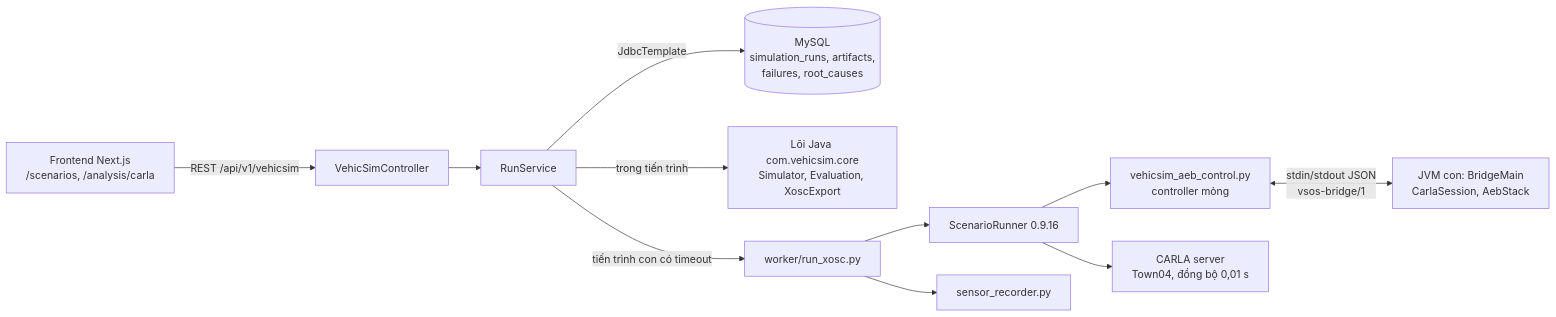
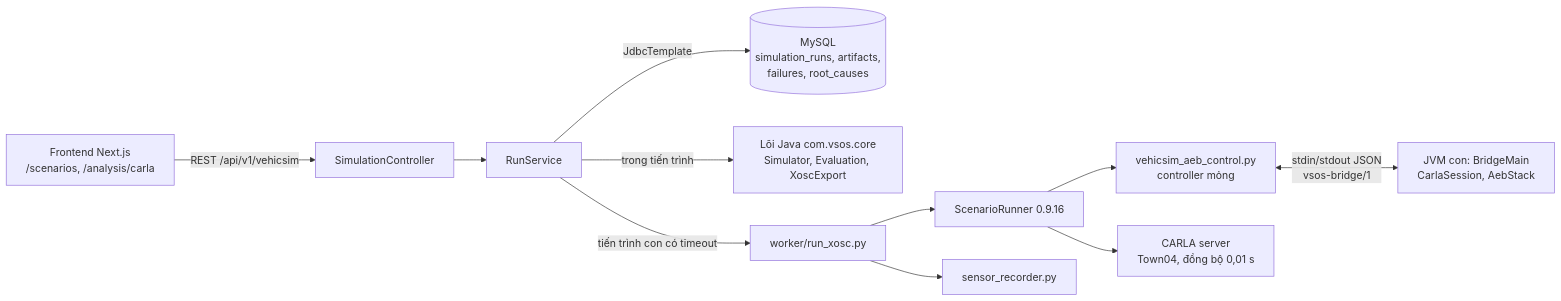
One commit to Menakanchi/SEP490-FA26-G15 changed the second of 7 diagrams in docs/vehicsim/report7-man-chay-baseline.md. Above: the diagram before and after it, drawn with Mermaid. The commit also changed other lines of this file and 502 other files, not shown here.

First line of the commit message:
refactor: đặt lại gói theo quy tắc com.vsos.<module>.<tầng>.<chức năng>

````diff
--- a/docs/vehicsim/report7-man-chay-baseline.md
+++ b/docs/vehicsim/report7-man-chay-baseline.md
@@ -160,13 +160,13 @@
 ```mermaid
 flowchart LR
-  FE["Frontend Next.js<br/>/scenarios, /analysis/carla"] -->|"REST /api/v1/vehicsim"| C["VehicSimController"]
+  FE["Frontend Next.js<br/>/scenarios, /analysis/carla"] -->|"REST /api/v1/vehicsim"| C["SimulationController"]
   C --> RS["RunService"]
   RS -->|"JdbcTemplate"| DB[("MySQL<br/>simulation_runs, artifacts,<br/>failures, root_causes")]
-  RS -->|"trong tiến trình"| K["Lõi Java com.vehicsim.core<br/>Simulator, Evaluation, XoscExport"]
+  RS -->|"trong tiến trình"| K["Lõi Java com.vsos.core<br/>Simulator, Evaluation, XoscExport"]
   RS -->|"tiến trình con có timeout"| RX["worker/run_xosc.py"]
   RX --> SR["ScenarioRunner 0.9.16"]
   SR --> CT["vehicsim_aeb_control.py<br/>controller mỏng"]
   RX --> SN["sensor_recorder.py"]
   CT <-->|"stdin/stdout JSON<br/>vsos-bridge/1"| BR["JVM con: BridgeMain<br/>CarlaSession, AebStack"]
   SR --> CA["CARLA server<br/>Town04, đồng bộ 0,01 s"]
 ```
````
